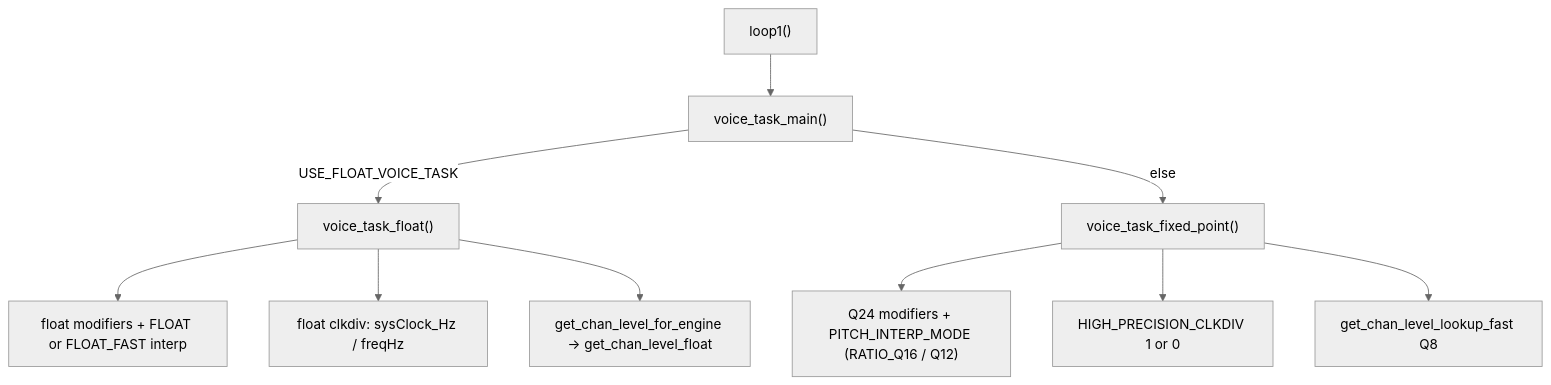
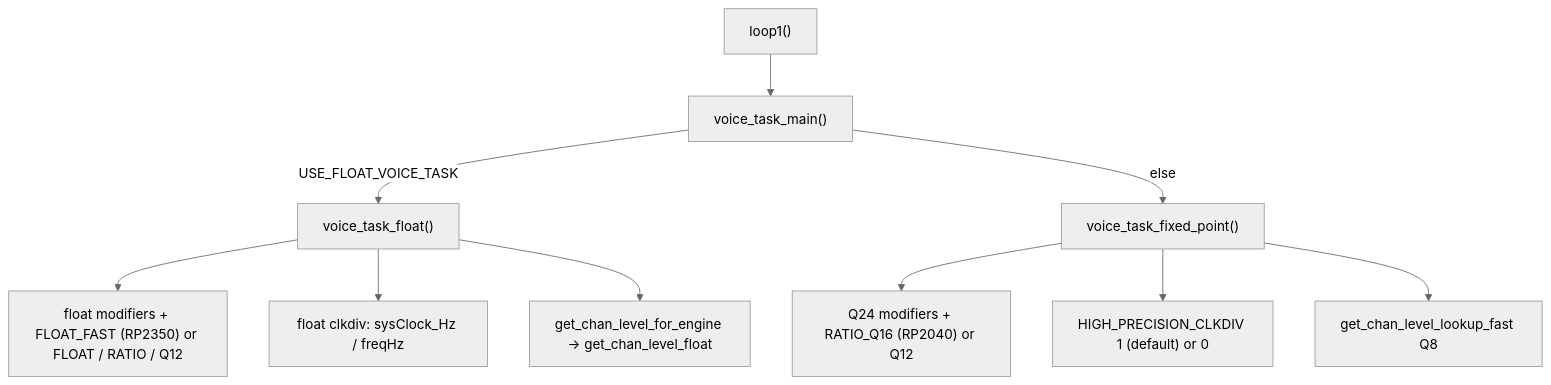
One commit to felipegaspari/DCO4-REBORN-DCO changed the diagram in docs/ENGINE_OPTIONS.md. Above: the diagram before and after it, drawn with Mermaid (neutral theme). The commit also changed other lines of this file and 50 other files, not shown here.

````diff
--- a/docs/ENGINE_OPTIONS.md
+++ b/docs/ENGINE_OPTIONS.md
@@ -74,12 +74,12 @@
 ```mermaid
 flowchart TD
   loop1["loop1()"] --> main["voice_task_main()"]
   main -->|USE_FLOAT_VOICE_TASK| vf["voice_task_float()"]
   main -->|else| vx["voice_task_fixed_point()"]
-  vf --> fPitch["float modifiers + FLOAT or FLOAT_FAST interp"]
+  vf --> fPitch["float modifiers + FLOAT_FAST (RP2350) or FLOAT / RATIO / Q12"]
   vf --> fClk["float clkdiv: sysClock_Hz / freqHz"]
   vf --> fAmp["get_chan_level_for_engine → get_chan_level_float"]
-  vx --> xPitch["Q24 modifiers + PITCH_INTERP_MODE (RATIO_Q16 / Q12)"]
-  vx --> xClk["HIGH_PRECISION_CLKDIV 1 or 0"]
+  vx --> xPitch["Q24 modifiers + RATIO_Q16 (RP2040) or Q12"]
+  vx --> xClk["HIGH_PRECISION_CLKDIV 1 (default) or 0"]
   vx --> xAmp["get_chan_level_lookup_fast Q8"]
 ```
````
